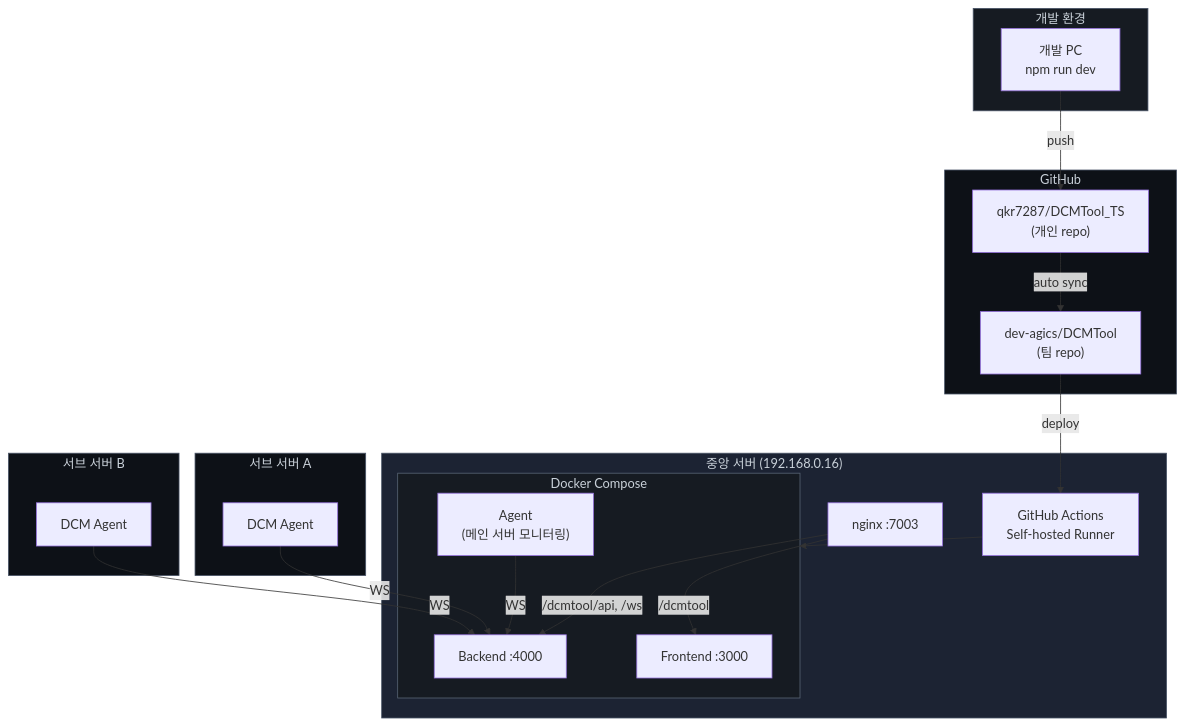
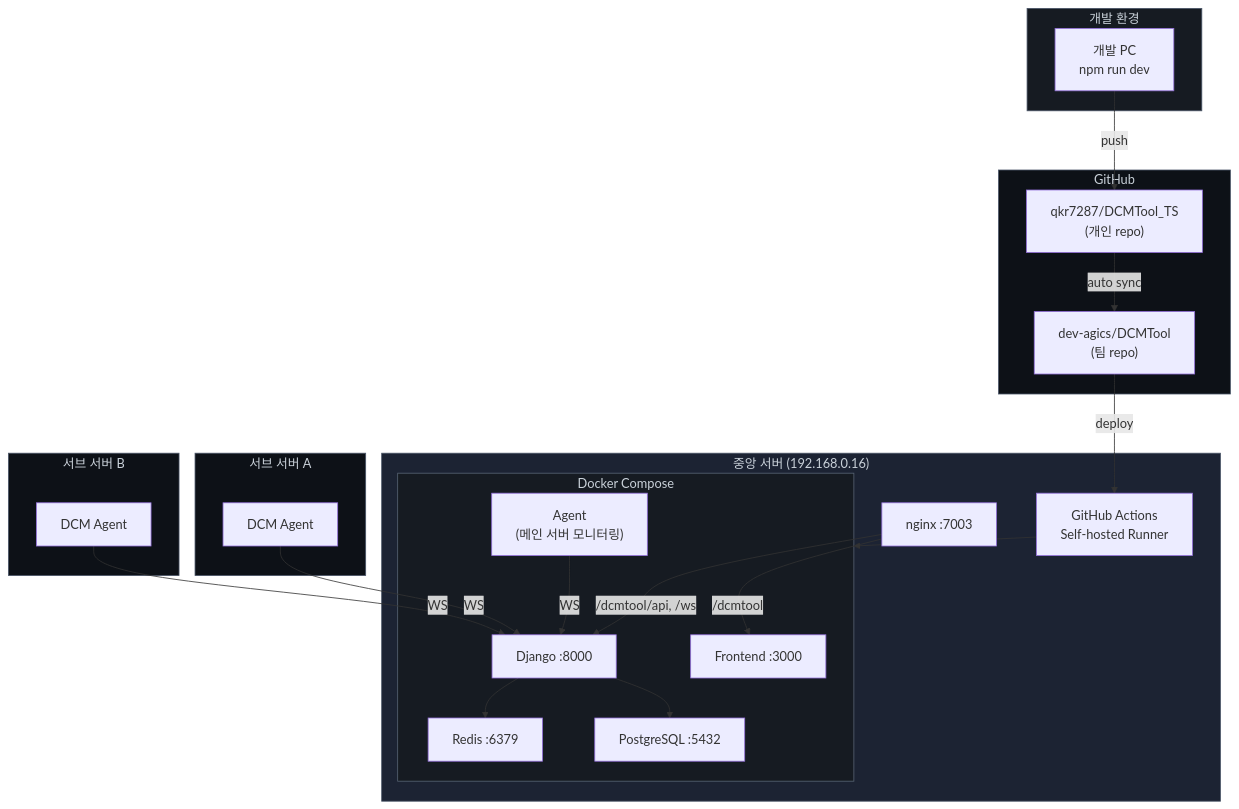
Before and after one commit to qkr7287/HyperCube: the tenth of 11 diagrams in docs/to-be-architecture.md, drawn with Mermaid. The commit also changed other lines of this file, not shown here.

First line of the commit message:
docs: switch backend from Fastify to Django

````diff
--- a/docs/to-be-architecture.md
+++ b/docs/to-be-architecture.md
@@ -592,46 +592,50 @@
 ```mermaid
 graph TB
     subgraph Dev["개발 환경"]
         DevPC["개발 PC<br/>npm run dev"]
     end
 
     subgraph GitHub["GitHub"]
         TS["qkr7287/DCMTool_TS<br/>(개인 repo)"]
         Team["dev-agics/DCMTool<br/>(팀 repo)"]
         TS -->|auto sync| Team
     end
 
     subgraph Central["중앙 서버 (192.168.0.16)"]
         Nginx["nginx :7003"]
         subgraph DockerCompose["Docker Compose"]
             FE["Frontend :3000"]
-            BE["Backend :4000"]
+            BE["Django :8000"]
+            PG["PostgreSQL :5432"]
+            RD["Redis :6379"]
             AgentM["Agent<br/>(메인 서버 모니터링)"]
         end
         Runner["GitHub Actions<br/>Self-hosted Runner"]
         Nginx -->|"/dcmtool"| FE
         Nginx -->|"/dcmtool/api, /ws"| BE
+        BE --> PG
+        BE --> RD
         AgentM -->|WS| BE
     end
 
     subgraph Remote1["서브 서버 A"]
         AgentA["DCM Agent"]
     end
 
     subgraph Remote2["서브 서버 B"]
         AgentB["DCM Agent"]
     end
 
     DevPC -->|push| TS
     Team -->|deploy| Runner
     Runner --> DockerCompose
     AgentA -->|WS| BE
     AgentB -->|WS| BE
 
     style Dev fill:#161b22,stroke:#4a5568,color:#c9d1d9
     style GitHub fill:#0d1117,stroke:#4a5568,color:#c9d1d9
     style Central fill:#1c2333,stroke:#4a5568,color:#c9d1d9
     style DockerCompose fill:#161b22,stroke:#586474,color:#c9d1d9
     style Remote1 fill:#0d1117,stroke:#4a5568,color:#c9d1d9
     style Remote2 fill:#0d1117,stroke:#4a5568,color:#c9d1d9
 ```
````
